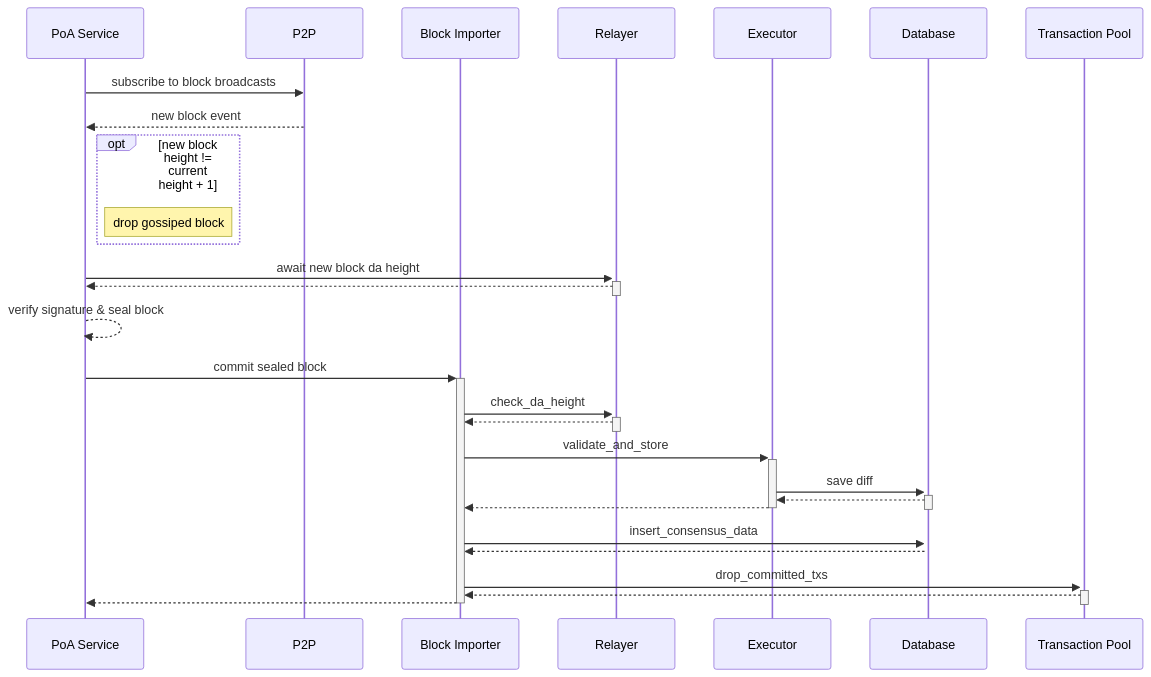
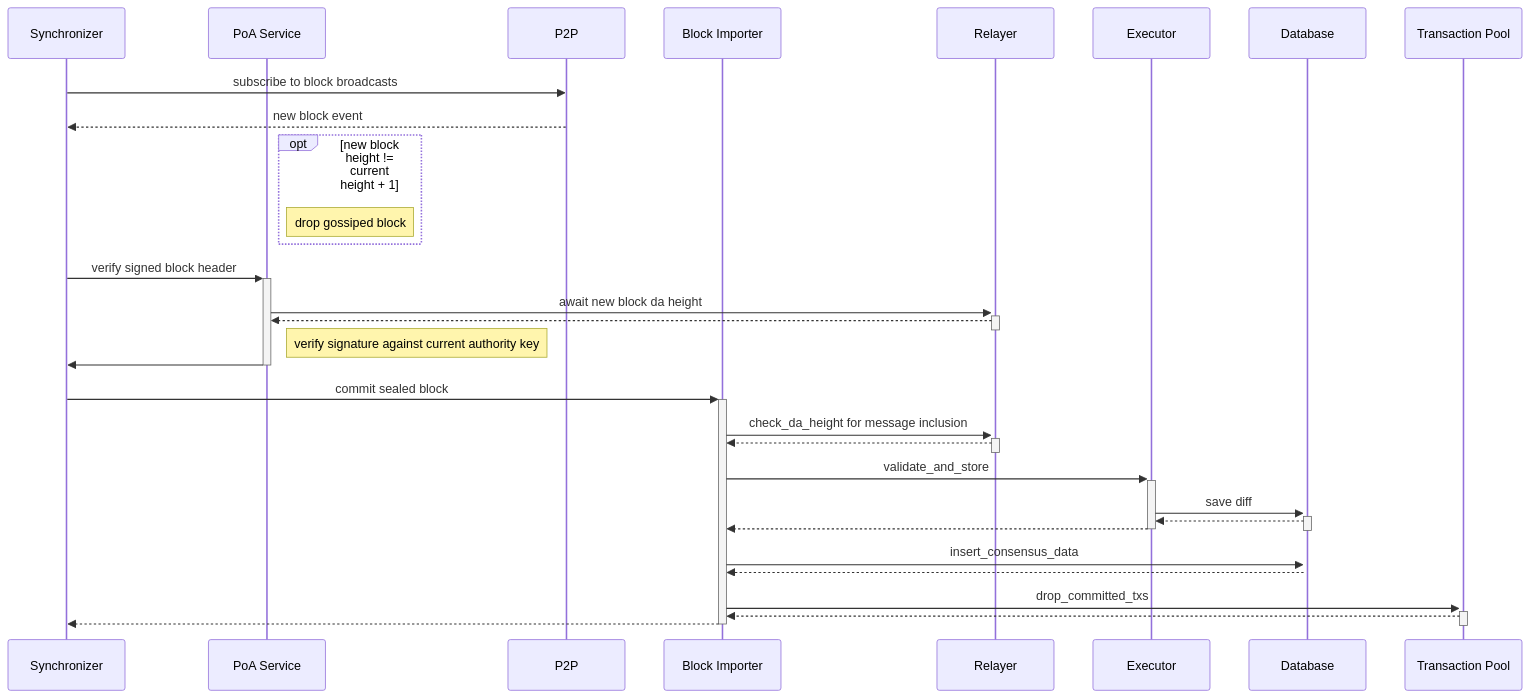
One commit to FuelLabs/fuel-core changed the third of 3 diagrams in docs/poa/flows.md. Above: the diagram before and after it, drawn with Mermaid. The commit also changed other lines of this file and 1 other file, not shown here.

Commit message:
update gossipsync flow + remove block listening in PoA module

````diff
--- a/docs/poa/flows.md
+++ b/docs/poa/flows.md
@@ -77,31 +77,34 @@
 ```mermaid
 sequenceDiagram
+    participant S as Synchronizer
     participant POA as PoA Service
     participant P2P as P2P
     participant BI as Block Importer
     participant R as Relayer
     participant E as Executor
     participant D as Database
     participant TX as Transaction Pool
     
-    POA->>P2P: subscribe to block broadcasts
-    P2P-->>POA: new block event
+    S->>P2P: subscribe to block broadcasts
+    P2P-->>S: new block event
     opt new block height != current height + 1
     note right of POA: drop gossiped block
     end
+    S->>+POA: verify signed block header
     POA->>+R: await new block da height
     R-->>-POA: 
-    POA-->>POA: verify signature & seal block
-    POA->>+BI: commit sealed block
-    BI->>+R: check_da_height
+        note right of POA: verify signature against current authority key
+    POA->>-S: 
+    S->>+BI: commit sealed block
+    BI->>+R: check_da_height for message inclusion
     R-->>-BI: 
     BI->>+E: validate_and_store 
     E->>+D: save diff
     D-->>-E: 
     E-->>-BI: 
     BI->>+D: insert_consensus_data
     D-->>BI: 
     BI->>+TX: drop_committed_txs
     TX-->>-BI: 
-    BI-->>-POA: 
+    BI-->>-S: 
 ```
````
